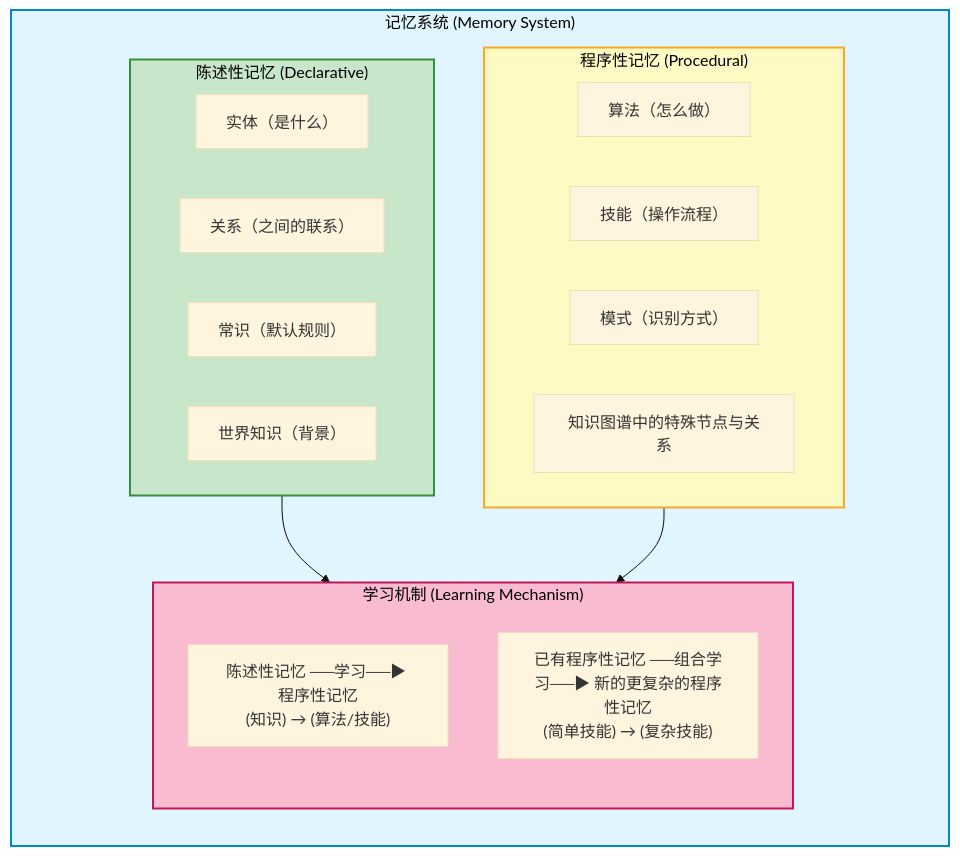
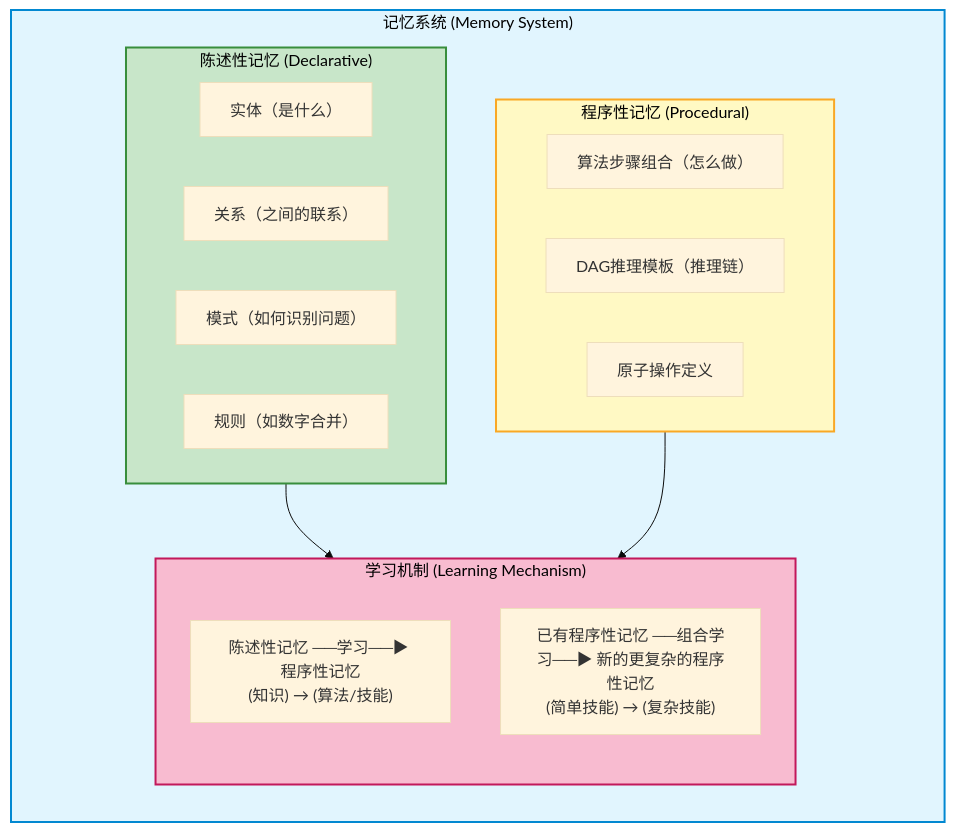
One commit to weidong-qinfeng/small_world changed the first of 6 diagrams in doc/数字大脑/架构设计.md. Above: the diagram before and after it, drawn with Mermaid (base theme). The commit also changed other lines of this file and 8 other files, not shown here.

````diff
--- a/doc/数字大脑/架构设计.md
+++ b/doc/数字大脑/架构设计.md
@@ -43,39 +43,38 @@
 ```mermaid
 flowchart TD
     subgraph MS["记忆系统 (Memory System)"]
         direction TB
         
         subgraph DM["陈述性记忆 (Declarative)"]
             A1["实体（是什么）"]
             A2["关系（之间的联系）"]
-            A3["常识（默认规则）"]
-            A4["世界知识（背景）"]
+            A3["模式（如何识别问题）"]
+            A4["规则（如数字合并）"]
         end
         
         subgraph PM["程序性记忆 (Procedural)"]
-            B1["算法（怎么做）"]
-            B2["技能（操作流程）"]
-            B3["模式（识别方式）"]
-            B4["知识图谱中的特殊节点与关系"]
+            B1["算法步骤组合（怎么做）"]
+            B2["DAG推理模板（推理链）"]
+            B3["原子操作定义"]
         end
         
         subgraph LM["学习机制 (Learning Mechanism)"]
             direction TB
             C1["陈述性记忆 ──学习──▶ 程序性记忆<br/>(知识) → (算法/技能)"]
             C2["已有程序性记忆 ──组合学习──▶ 新的更复杂的程序性记忆<br/>(简单技能) → (复杂技能)"]
         end
     end
     
     DM --> LM
     PM --> LM
     
     classDef memory fill:#e1f5fe,stroke:#0288d1,stroke-width:2px,color:#000
     classDef declarative fill:#c8e6c9,stroke:#388e3c,stroke-width:2px,color:#000
     classDef procedural fill:#fff9c4,stroke:#f9a825,stroke-width:2px,color:#000
     classDef learning fill:#f8bbd0,stroke:#c2185b,stroke-width:2px,color:#000
     
     class MS memory
     class DM declarative
     class PM procedural
     class LM learning
 ```
````
